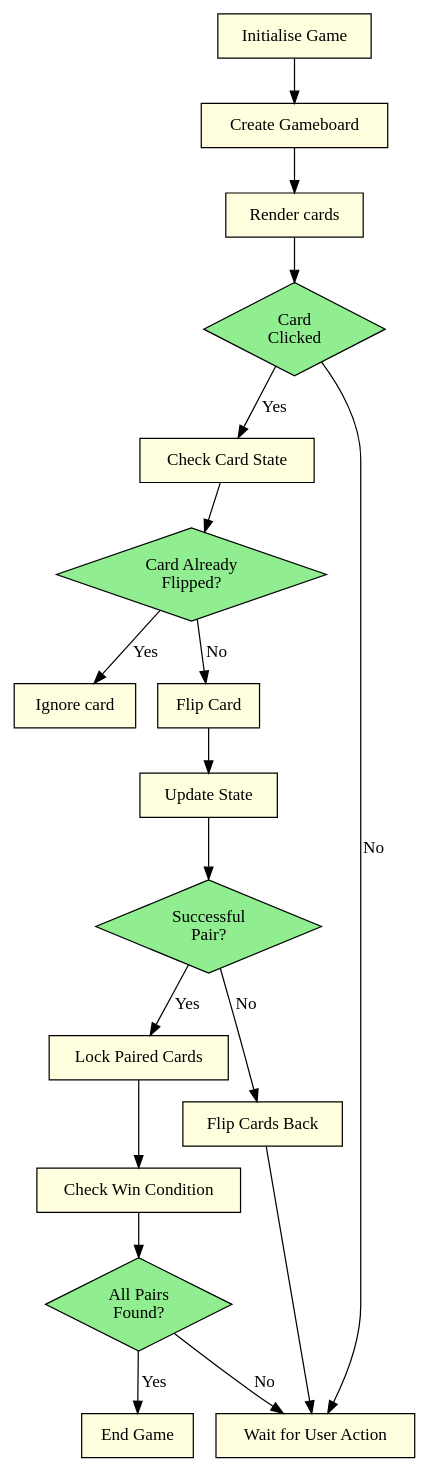
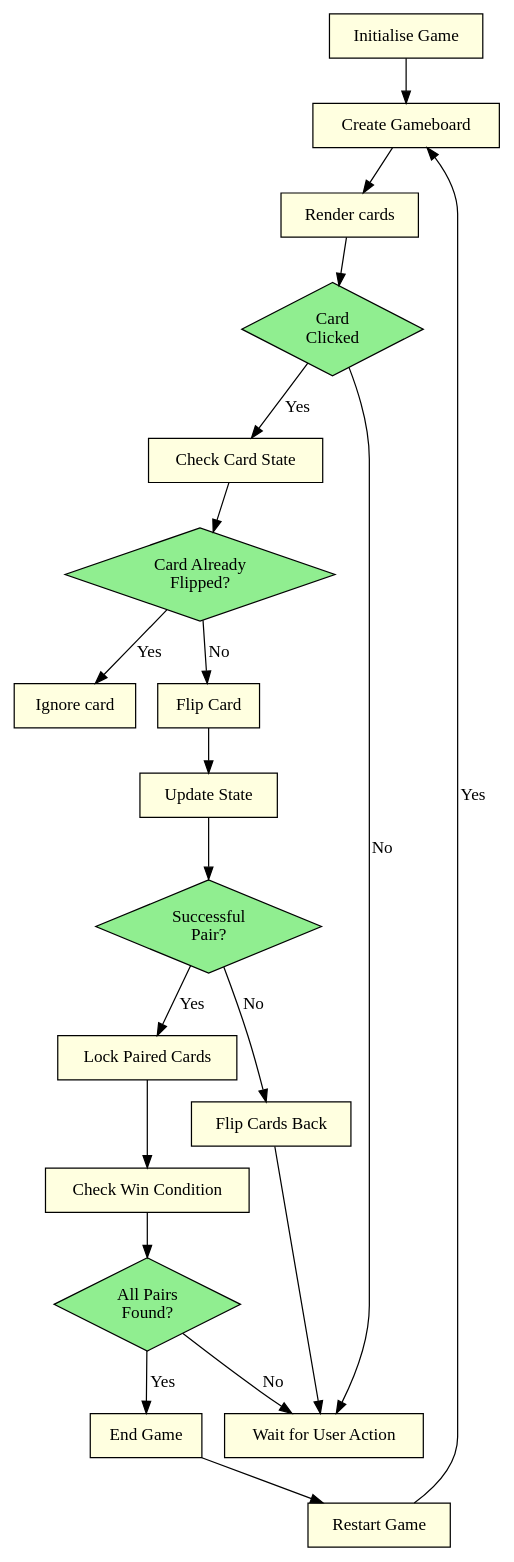
One commit to alexakode/reactmemorylight changed the diagram in gameflow.dot. Above: the diagram before and after it, drawn with Graphviz. The commit also changed 2 other files, not shown here.

```diff
--- a/gameflow.dot
+++ b/gameflow.dot
@@ -1,20 +1,22 @@
 digraph MemoryGame {
     node [shape=box, style=filled, fillcolor=lightyellow]
     "Initialise Game" -> "Create Gameboard" -> "Render cards" -> "Card\n Clicked";
     "Card\n Clicked" [shape=diamond, fillcolor=lightgreen];
     "Card\n Clicked" -> "Check Card State" [label="Yes"];
     "Check Card State" -> "Card Already\n Flipped?";
     "Card Already\n Flipped?" [shape=diamond, fillcolor=lightgreen];
     "Card Already\n Flipped?" -> "Ignore card" [label="Yes"];
     "Card Already\n Flipped?" -> "Flip Card" [label="No"];
     "Flip Card" -> "Update State" -> "Successful\n Pair?";
     "Successful\n Pair?" [shape=diamond, fillcolor=lightgreen];
     "Successful\n Pair?" -> "Lock Paired Cards" [label="Yes"];
     "Lock Paired Cards" -> "Check Win Condition" -> "All Pairs\n Found?";
     "All Pairs\n Found?" [shape=diamond, fillcolor=lightgreen];
     "All Pairs\n Found?" -> "End Game" [label="Yes"];
     "All Pairs\n Found?" -> "Wait for User Action" [label="No"];
     "Successful\n Pair?" -> "Flip Cards Back" [label="No"];
     "Flip Cards Back" -> "Wait for User Action";
     "Card\n Clicked" -> "Wait for User Action" [label="No"];
+    "End Game" -> "Restart Game";
+    "Restart Game" -> "Create Gameboard" [label="Yes"];
 }
```
